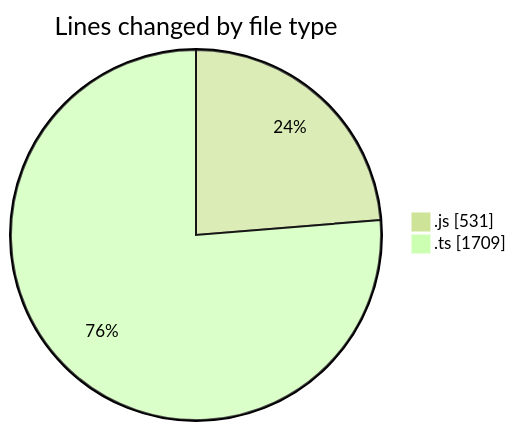
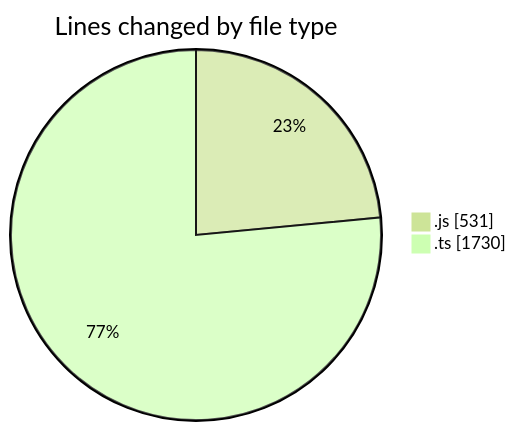
Before and after one commit to momahboobian/code-tracking: the first of 2 diagrams in 2025-05-29/cda/README.md, drawn with Mermaid (forest theme). The commit also changed other lines of this file and 1 other file, not shown here.

````diff
--- a/2025-05-29/cda/README.md
+++ b/2025-05-29/cda/README.md
@@ -22,6 +22,6 @@
 ```mermaid
 pie showData
 title Lines changed by file type
 ".js" : 531
-".ts" : 1709
+".ts" : 1730
 ```
````
